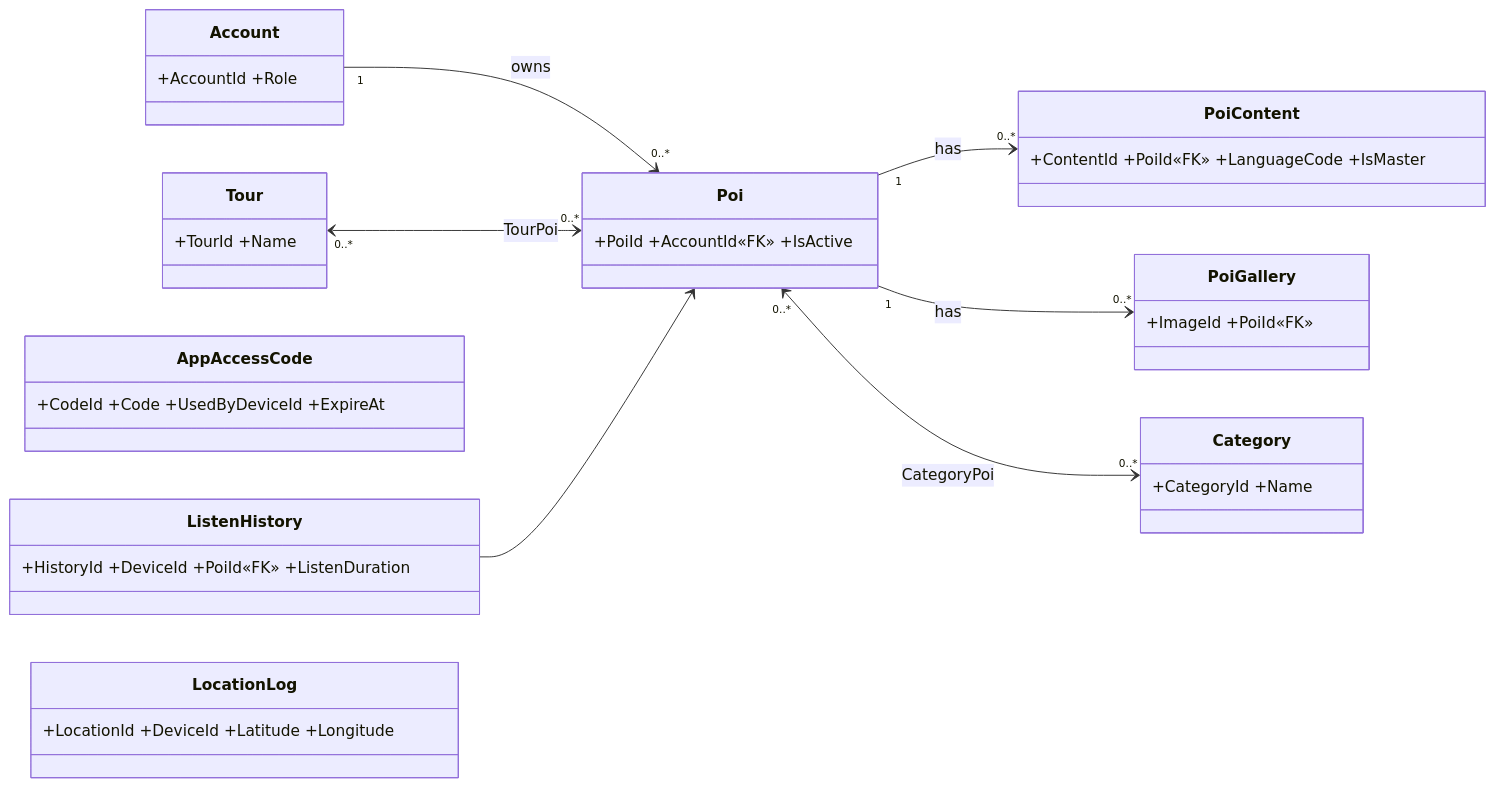
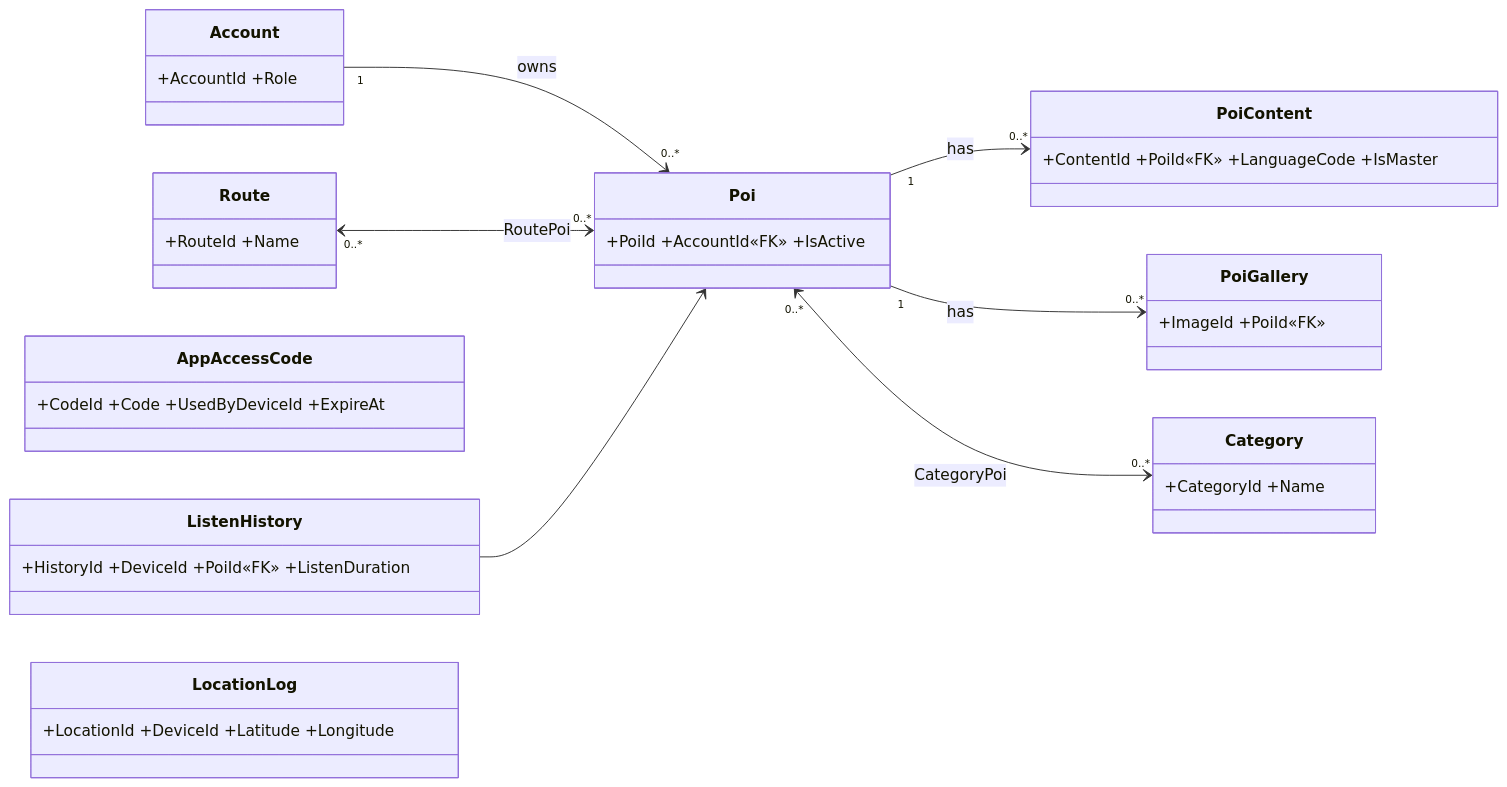
The sixth of 46 diagrams in PRD.md (AudioGo-Project/AudioGo), drawn with Mermaid before and after one commit. The commit also changed other lines of this file, not shown here.

Commit message:
docs: Split Mobile sequence diagrams by UC and add POI priority logic in Geofence sequence

````diff
--- a/PRD.md
+++ b/PRD.md
@@ -742,20 +742,20 @@
 ```mermaid
 classDiagram
     direction LR
     class Account { +AccountId +Role }
     class Poi { +PoiId +AccountId«FK» +IsActive }
     class PoiContent { +ContentId +PoiId«FK» +LanguageCode +IsMaster }
     class PoiGallery { +ImageId +PoiId«FK» }
     class Category { +CategoryId +Name }
-    class Tour { +TourId +Name }
+    class Route { +RouteId +Name }
     class AppAccessCode { +CodeId +Code +UsedByDeviceId +ExpireAt }
     class ListenHistory { +HistoryId +DeviceId +PoiId«FK» +ListenDuration }
     class LocationLog { +LocationId +DeviceId +Latitude +Longitude }
 
     Account "1" --> "0..*" Poi : owns
     Poi "1" --> "0..*" PoiContent : has
     Poi "1" --> "0..*" PoiGallery : has
     Poi "0..*" <--> "0..*" Category : CategoryPoi
-    Tour "0..*" <--> "0..*" Poi : TourPoi
+    Route "0..*" <--> "0..*" Poi : RoutePoi
     ListenHistory --> Poi
 ```
````
